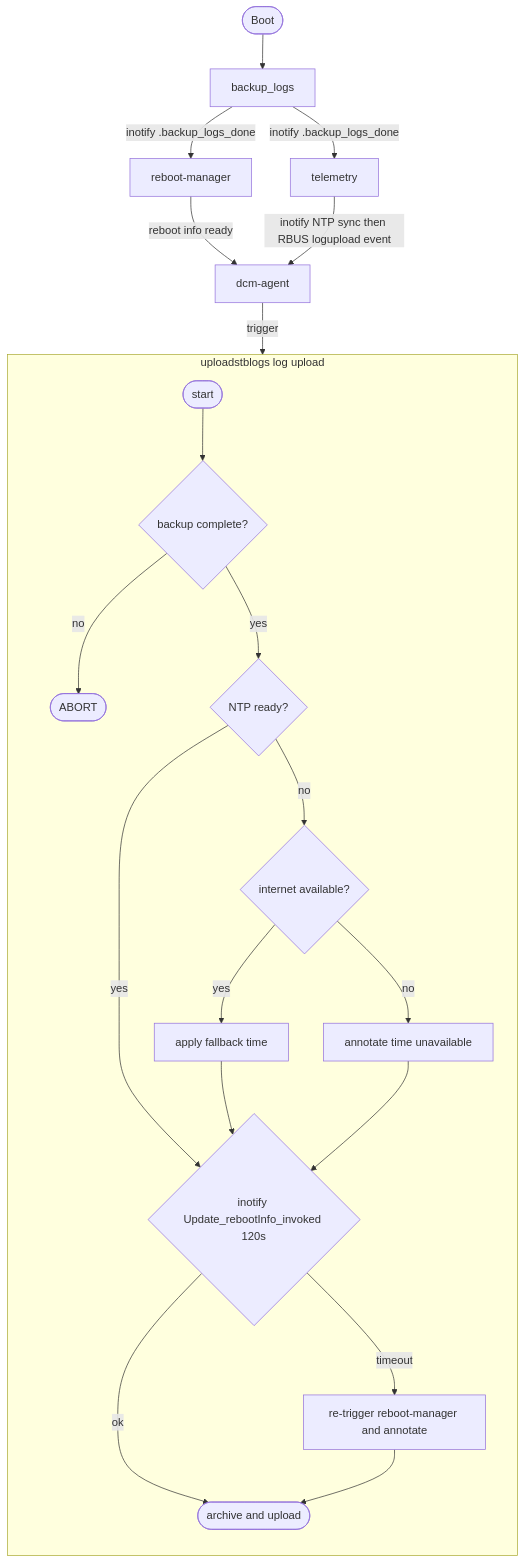
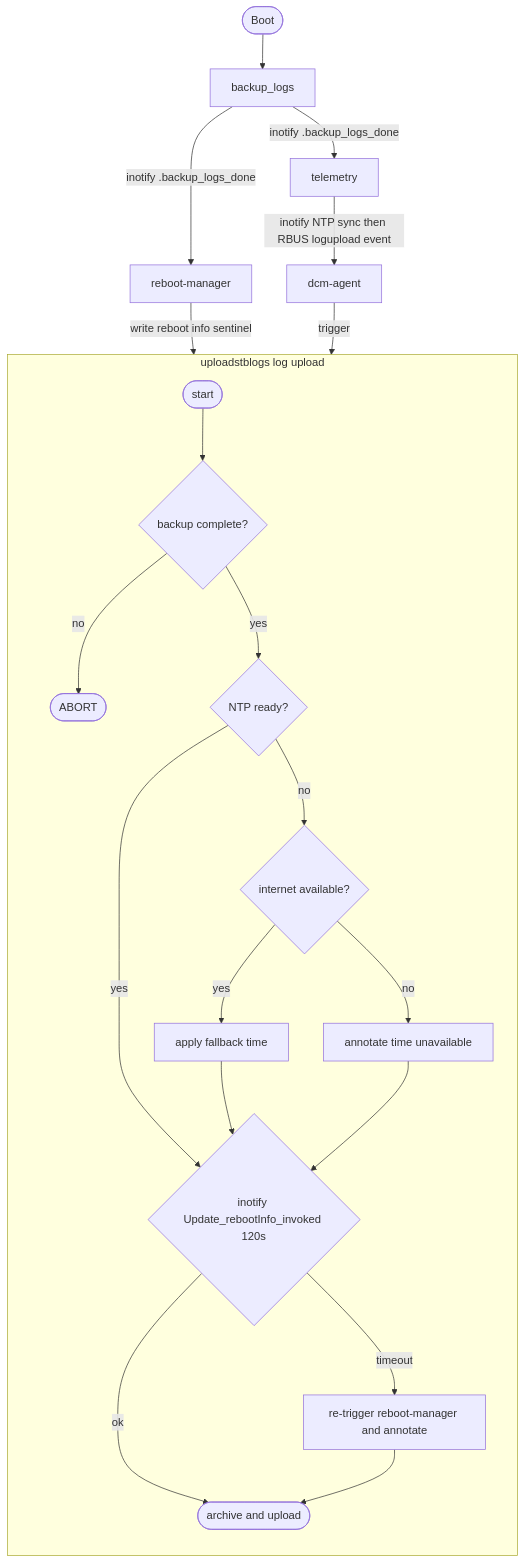
One commit to rdkcentral/dcm-agent changed the second of 2 diagrams in stateanalysis.md. Above: the diagram before and after it, drawn with Mermaid.

````diff
--- a/stateanalysis.md
+++ b/stateanalysis.md
@@ -45,30 +45,30 @@
 ```mermaid
 flowchart TB
     BOOT([Boot])
 
     BOOT --> BL[backup_logs]
 
     BL -->|inotify .backup_logs_done| RM[reboot-manager]
     BL -->|inotify .backup_logs_done| TEL[telemetry]
 
-    RM  -->|reboot info ready| DCM[dcm-agent]
-    TEL -->|inotify NTP sync then RBUS logupload event| DCM
+    RM  -->|write reboot info sentinel| W
+    TEL -->|inotify NTP sync then RBUS logupload event| DCM[dcm-agent]
 
     subgraph UL [uploadstblogs log upload]
         direction TB
         S([start]) --> G1{"backup complete?"}
         G1 -- no  --> ABORT([ABORT])
         G1 -- yes --> G2{"NTP ready?"}
         G2 -- yes --> W{"inotify Update_rebootInfo_invoked 120s"}
         G2 -- no  --> G3{"internet available?"}
         G3 -- yes --> FALLBACK[apply fallback time]
         G3 -- no  --> ANNOT[annotate time unavailable]
         FALLBACK --> W
         ANNOT --> W
         W -- ok      --> DONE([archive and upload])
         W -- timeout --> TRIG[re-trigger reboot-manager and annotate]
         TRIG --> DONE
     end
 
     DCM -->|trigger| S
 ```
````
